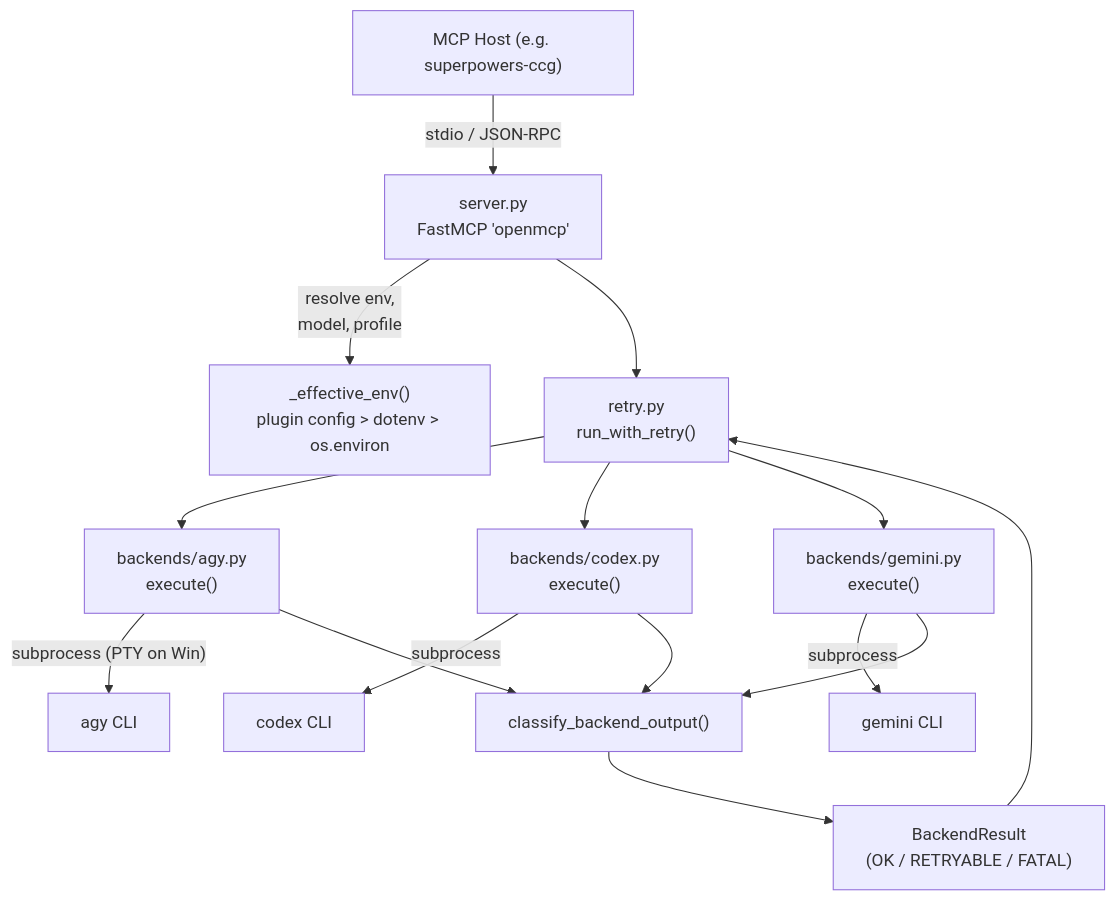
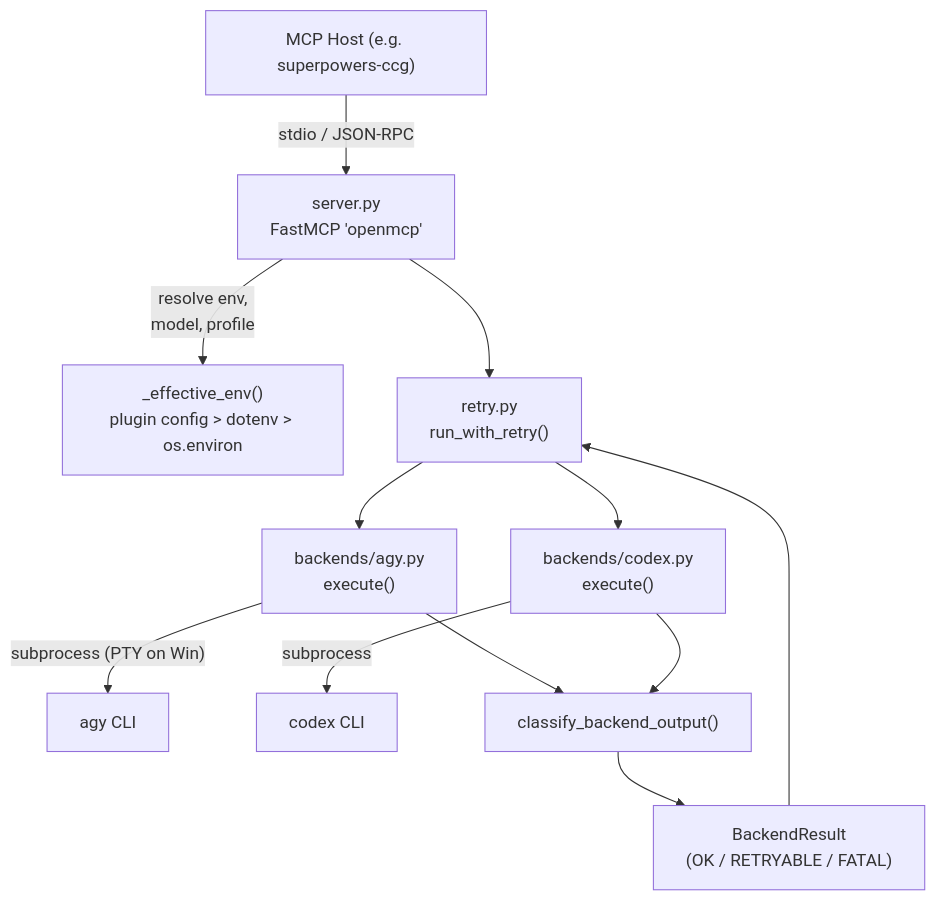
The diagram in plugin/openmcp/openmcp/AGENTS.md (sitien173/refract), drawn with Mermaid before and after one commit. The commit also changed other lines of this file and 8 other files, not shown here.

````diff
--- a/plugin/openmcp/openmcp/AGENTS.md
+++ b/plugin/openmcp/openmcp/AGENTS.md
@@ -90,22 +89,19 @@
 ```mermaid
 flowchart TD
     Host["MCP Host (e.g. superpowers-ccg)"]
     Host -- "stdio / JSON-RPC" --> Server["server.py<br>FastMCP 'openmcp'"]
     Server -- "resolve env,<br>model, profile" --> Env["_effective_env()<br>plugin config > dotenv > os.environ"]
     Server --> Retry["retry.py<br>run_with_retry()"]
 
     Retry --> AgyExec["backends/agy.py<br>execute()"]
     Retry --> CodexExec["backends/codex.py<br>execute()"]
-    Retry --> GeminiExec["backends/gemini.py<br>execute()"]
 
     AgyExec -- "subprocess (PTY on Win)" --> AgyCLI["agy CLI"]
     CodexExec -- "subprocess" --> CodexCLI["codex CLI"]
-    GeminiExec -- "subprocess" --> GeminiCLI["gemini CLI"]
 
     AgyExec --> Classifier["classify_backend_output()"]
     CodexExec --> Classifier
-    GeminiExec --> Classifier
 
     Classifier --> BR["BackendResult<br>(OK / RETRYABLE / FATAL)"]
     BR --> Retry
 ```
````
